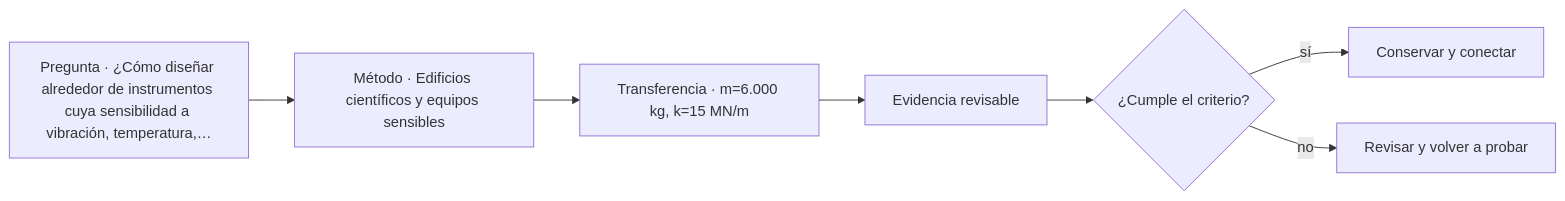
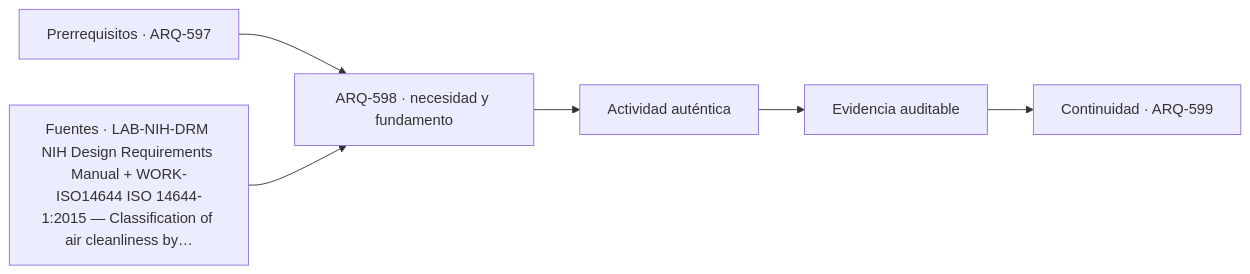
The diagram in classes/parte-60/ARQ-598.md (vladimiracunadev-create/architecture-built-environment-learning-program), drawn with Mermaid before and after one commit. The commit also changed other lines of this file and 761 other files, not shown here.

````diff
--- a/classes/parte-60/ARQ-598.md
+++ b/classes/parte-60/ARQ-598.md
@@ -93,9 +105,8 @@
 ```mermaid
 flowchart LR
-    Q["Pregunta · ¿Cómo diseñar alrededor de instrumentos cuya sensibilidad a vibración, temperatura,…"] --> M["Método · Edificios científicos y equipos sensibles"]
-    M --> P["Transferencia · m=6.000 kg, k=15 MN/m"]
-    P --> E["Evidencia revisable"]
-    E --> C{"¿Cumple el criterio?"}
-    C -->|sí| T["Conservar y conectar"]
-    C -->|no| R["Revisar y volver a probar"]
+    A["Prerrequisitos · ARQ-597"] --> B["ARQ-598 · necesidad y fundamento"]
+    S["Fuentes · LAB-NIH-DRM NIH Design Requirements Manual + WORK-ISO14644 ISO 14644-1:2015 — Classification of air cleanliness by…"] --> B
+    B --> C["Actividad auténtica"]
+    C --> D["Evidencia auditable"]
+    D --> E["Continuidad · ARQ-599"]
 ```
````
